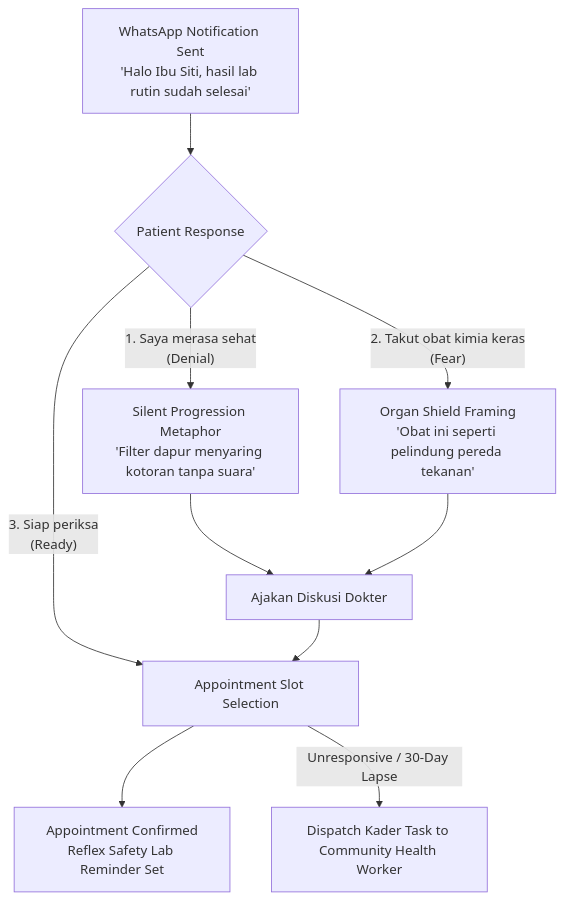
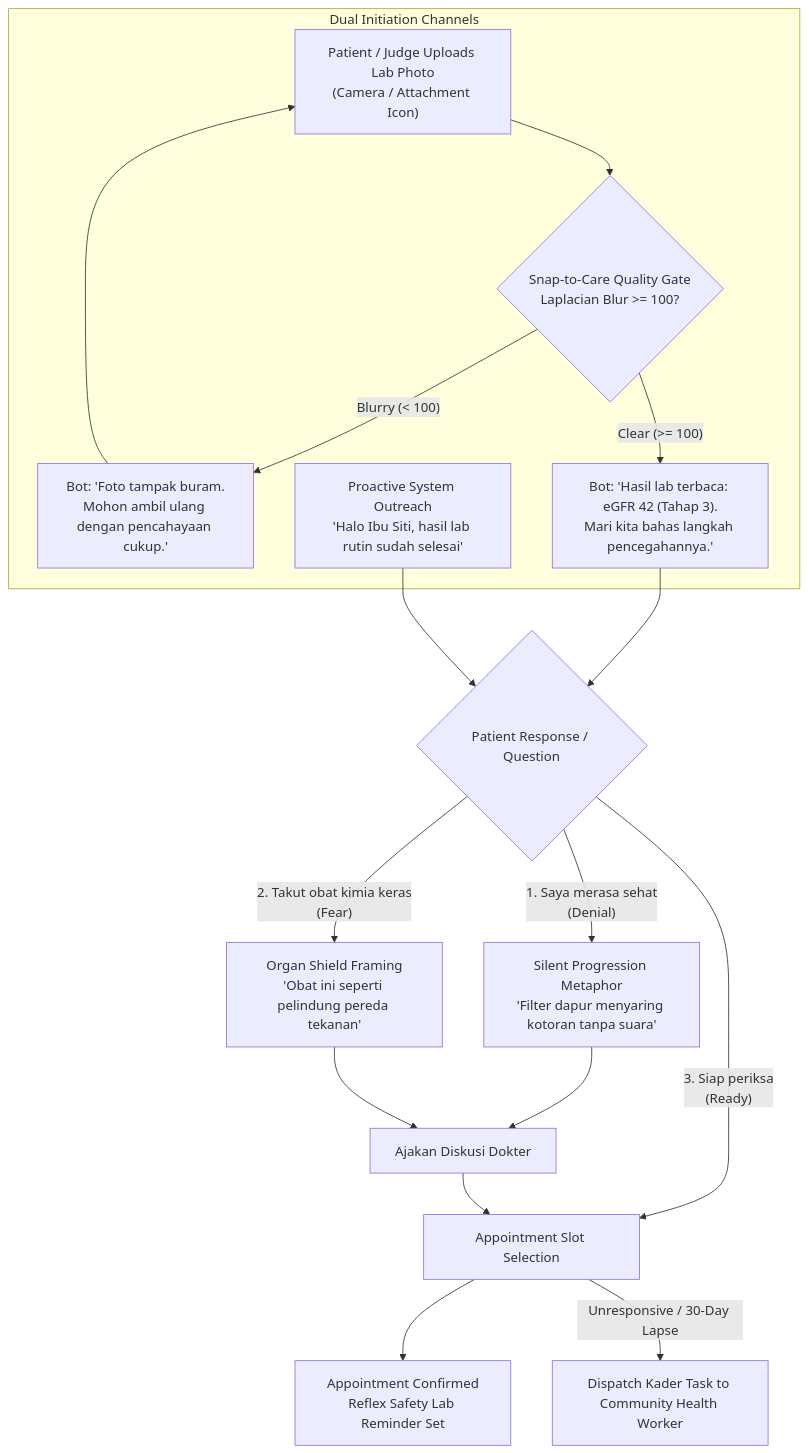
Before and after one commit to sandezign/future-health: the diagram in docs/specs/003-whatsapp-simulator.md, drawn with Mermaid. The commit also changed other lines of this file and 30 other files, not shown here.

````diff
--- a/docs/specs/003-whatsapp-simulator.md
+++ b/docs/specs/003-whatsapp-simulator.md
@@ -74,15 +88,24 @@
 ```mermaid
 flowchart TD
-    Start["WhatsApp Notification Sent<br/>'Halo Ibu Siti, hasil lab rutin sudah selesai'"] --> Choice1{"Patient Response"}
+    subgraph InboundPhoto ["Dual Initiation Channels"]
+        PhotoUpload["Patient / Judge Uploads Lab Photo<br/>(Camera / Attachment Icon)"] --> OCRCheck{"Snap-to-Care Quality Gate<br/>Laplacian Blur >= 100?"}
+        OCRCheck -->|"Blurry (< 100)"| RetakeMsg["Bot: 'Foto tampak buram.<br/>Mohon ambil ulang dengan pencahayaan cukup.'"]
+        RetakeMsg --> PhotoUpload
+        OCRCheck -->|"Clear (>= 100)"| OCRExtract["Bot: 'Hasil lab terbaca: eGFR 42 (Tahap 3).<br/>Mari kita bahas langkah pencegahannya.'"]
+        ProactiveStart["Proactive System Outreach<br/>'Halo Ibu Siti, hasil lab rutin sudah selesai'"]
+    end
+
+    OCRExtract --> Choice1{"Patient Response / Question"}
+    ProactiveStart --> Choice1
     
     Choice1 -->|"1. Saya merasa sehat<br/>(Denial)"| SilentEd["Silent Progression Metaphor<br/>'Filter dapur menyaring kotoran tanpa suara'"]
     Choice1 -->|"2. Takut obat kimia keras<br/>(Fear)"| ShieldEd["Organ Shield Framing<br/>'Obat ini seperti pelindung pereda tekanan'"]
     Choice1 -->|"3. Siap periksa<br/>(Ready)"| BookingFlow["Appointment Slot Selection"]
     
     SilentEd --> BookingPrompt["Ajakan Diskusi Dokter"]
     ShieldEd --> BookingPrompt
     BookingPrompt --> BookingFlow
     
     BookingFlow --> Confirmed["Appointment Confirmed<br/>Reflex Safety Lab Reminder Set"]
     BookingFlow -->|"Unresponsive / 30-Day Lapse"| KaderEscalation["Dispatch Kader Task to Community Health Worker"]
 ```
````
